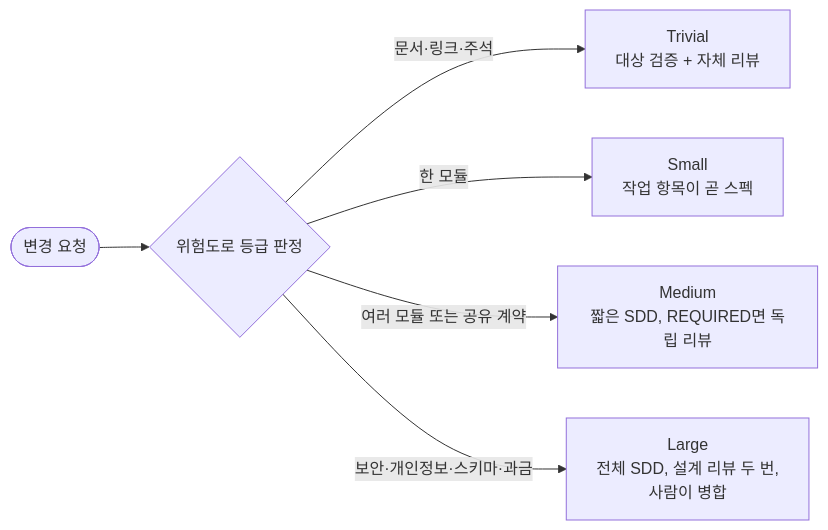
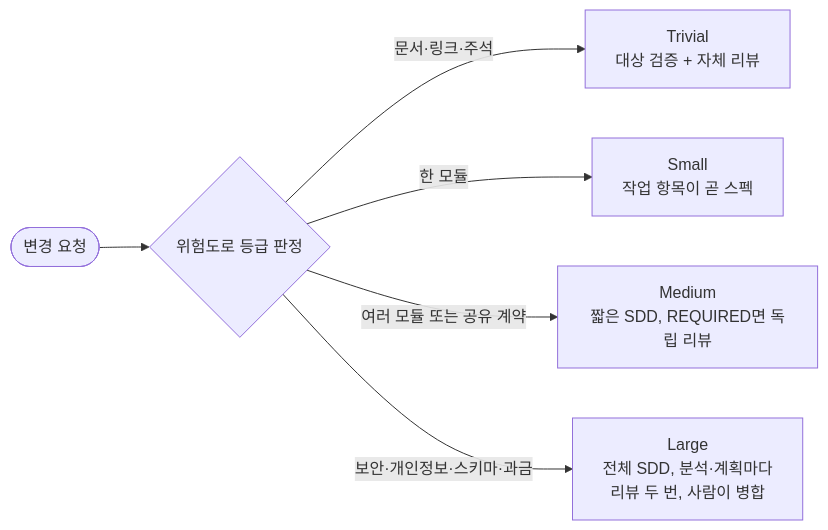
The diagram in ko/README.md (seok-jun/adaptive-agentic-sdd), drawn with Mermaid before and after one commit. The commit also changed other lines of this file and 4 other files, not shown here.

````diff
--- a/ko/README.md
+++ b/ko/README.md
@@ -17,8 +17,8 @@
 ```mermaid
 flowchart LR
   C([변경 요청]) --> G{위험도로 등급 판정}
   G -->|문서·링크·주석| T["Trivial<br/>대상 검증 + 자체 리뷰"]
   G -->|한 모듈| S["Small<br/>작업 항목이 곧 스펙"]
   G -->|여러 모듈 또는 공유 계약| M["Medium<br/>짧은 SDD, REQUIRED면 독립 리뷰"]
-  G -->|보안·개인정보·스키마·과금| L["Large<br/>전체 SDD, 설계 리뷰 두 번,<br/>사람이 병합"]
+  G -->|보안·개인정보·스키마·과금| L["Large<br/>전체 SDD, 분석·계획마다<br/>리뷰 두 번, 사람이 병합"]
 ```
````
